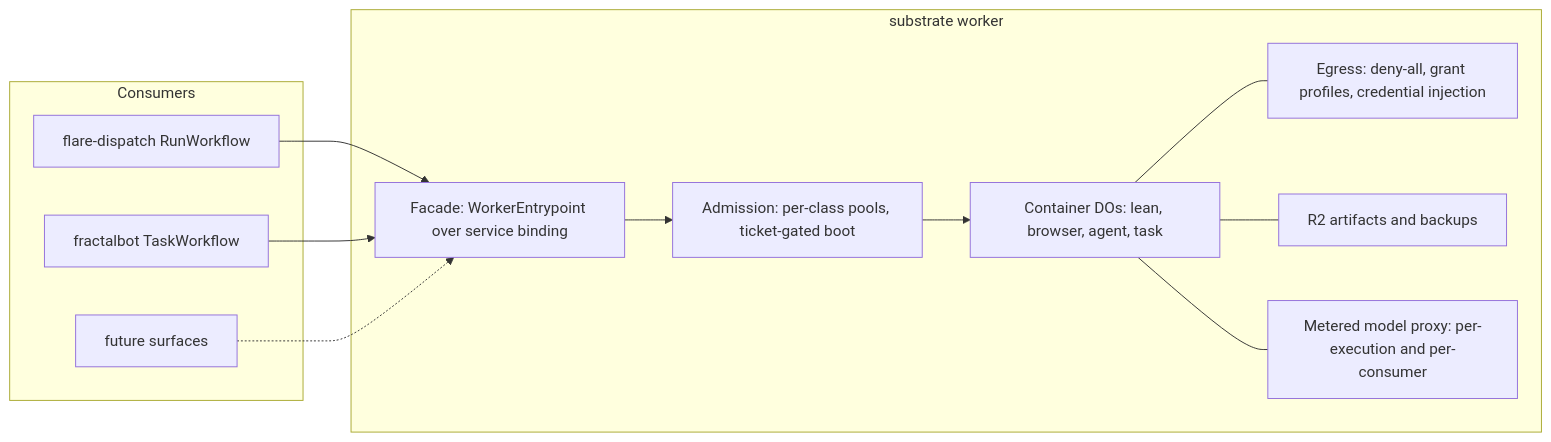
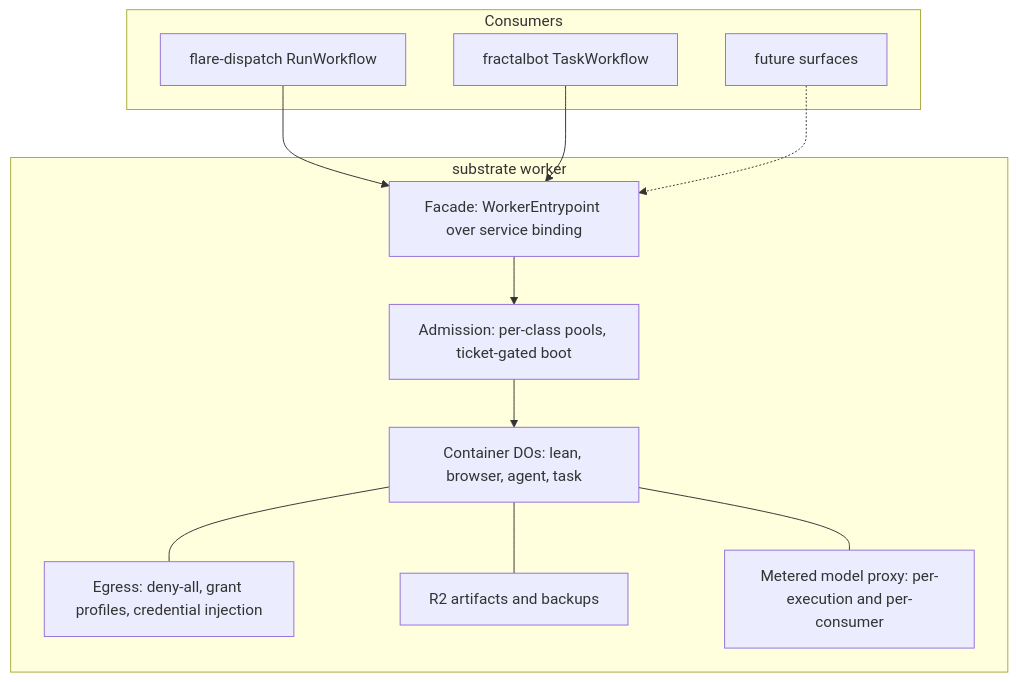
Before and after one commit to fractalboxdev/flare-dispatch: the first of 4 diagrams in apps/substrate/specs/platform.md, drawn with Mermaid. The commit also changed other lines of this file and 36 other files, not shown here.

First line of the commit message:
docs: architecture diagrams across the site, rendered to SVG by Merlion (#158)

````diff
--- a/apps/substrate/specs/platform.md
+++ b/apps/substrate/specs/platform.md
@@ -20,23 +20,24 @@
 ```mermaid
-flowchart LR
+flowchart TB
+  accTitle: Consumers and the substrate boundary
   subgraph consumers[Consumers]
     rw[flare-dispatch RunWorkflow]
     tw[fractalbot TaskWorkflow]
     later[future surfaces]
   end
   subgraph sub[substrate worker]
-    facade[Facade: WorkerEntrypoint over service binding]
-    pool[Admission: per-class pools, ticket-gated boot]
-    box[Container DOs: lean, browser, agent, task]
-    eg[Egress: deny-all, grant profiles, credential injection]
+    facade["Facade: WorkerEntrypoint over service binding"]
+    pool["Admission: per-class pools, ticket-gated boot"]
+    box["Container DOs: lean, browser, agent, task"]
+    eg["Egress: deny-all, grant profiles, credential injection"]
     r2[R2 artifacts and backups]
-    mp[Metered model proxy: per-execution and per-consumer]
+    mp["Metered model proxy: per-execution and per-consumer"]
   end
   rw --> facade
   tw --> facade
   later -.-> facade
   facade --> pool --> box
   box --- eg
   box --- r2
   box --- mp
 ```
````
